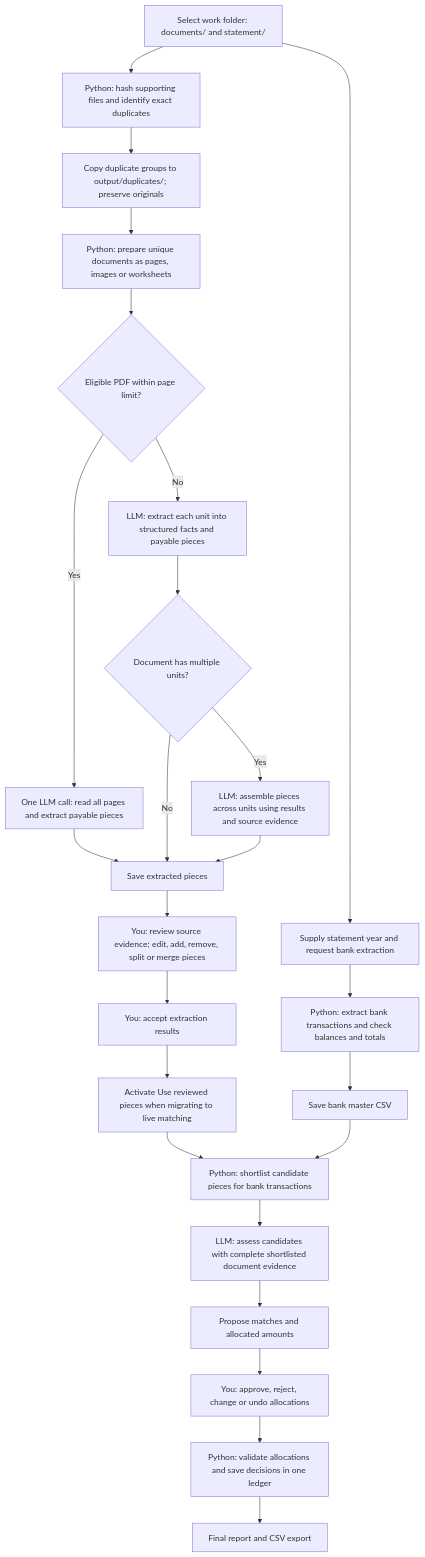
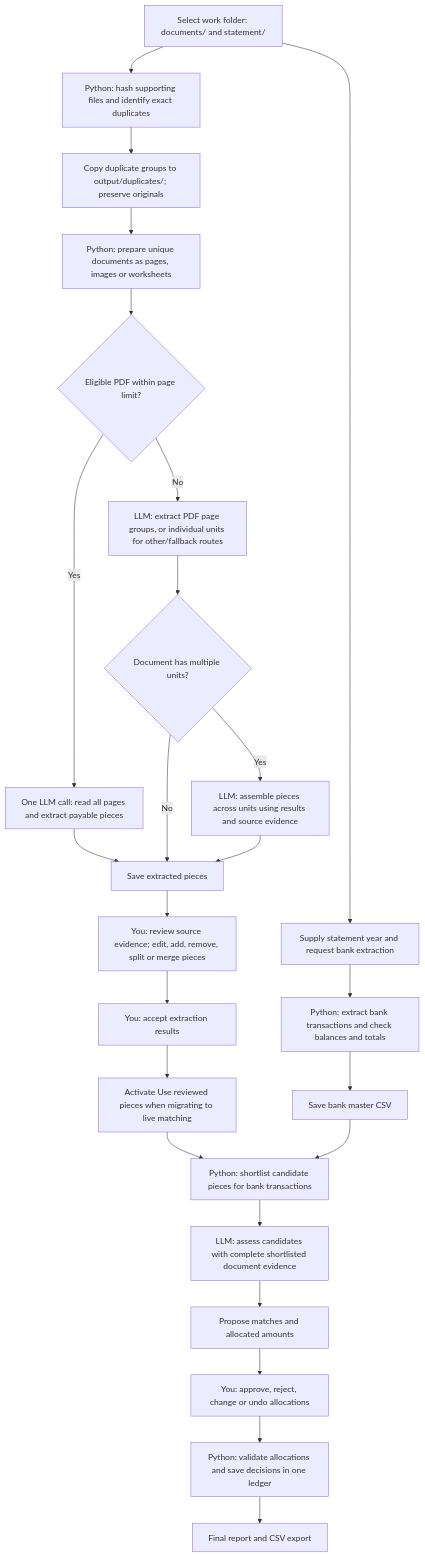
Before and after one commit to jingjjjjjie/bank-statement-reconcilation: the diagram in docs/EXTRACTION_FLOW_REVIEW.md, drawn with Mermaid. The commit also changed other lines of this file and 8 other files, not shown here.

Commit message:
Extract long PDFs in bounded page groups before assembly

````diff
--- a/docs/EXTRACTION_FLOW_REVIEW.md
+++ b/docs/EXTRACTION_FLOW_REVIEW.md
@@ -9,29 +9,29 @@
 ```mermaid
 flowchart TD
     A["Select work folder: documents/ and statement/"] --> B["Python: hash supporting files and identify exact duplicates"]
     B --> C["Copy duplicate groups to output/duplicates/; preserve originals"]
     C --> D["Python: prepare unique documents as pages, images or worksheets"]
     D --> W{"Eligible PDF within page limit?"}
     W -->|Yes| X["One LLM call: read all pages and extract payable pieces"]
     X --> H["Save extracted pieces"]
-    W -->|No| E["LLM: extract each unit into structured facts and payable pieces"]
+    W -->|No| E["LLM: extract PDF page groups, or individual units for other/fallback routes"]
     E --> F{"Document has multiple units?"}
     F -->|No| H["Save extracted pieces"]
     F -->|Yes| G["LLM: assemble pieces across units using results and source evidence"]
     G --> H
     H --> I["You: review source evidence; edit, add, remove, split or merge pieces"]
     I --> J["You: accept extraction results"]
 
     A --> K["Supply statement year and request bank extraction"]
     K --> L["Python: extract bank transactions and check balances and totals"]
     L --> M["Save bank master CSV"]
 
     J --> N["Activate Use reviewed pieces when migrating to live matching"]
     N --> O["Python: shortlist candidate pieces for bank transactions"]
     M --> O
     O --> P["LLM: assess candidates with complete shortlisted document evidence"]
     P --> Q["Propose matches and allocated amounts"]
     Q --> R["You: approve, reject, change or undo allocations"]
     R --> S["Python: validate allocations and save decisions in one ledger"]
     S --> T["Final report and CSV export"]
 ```
````
